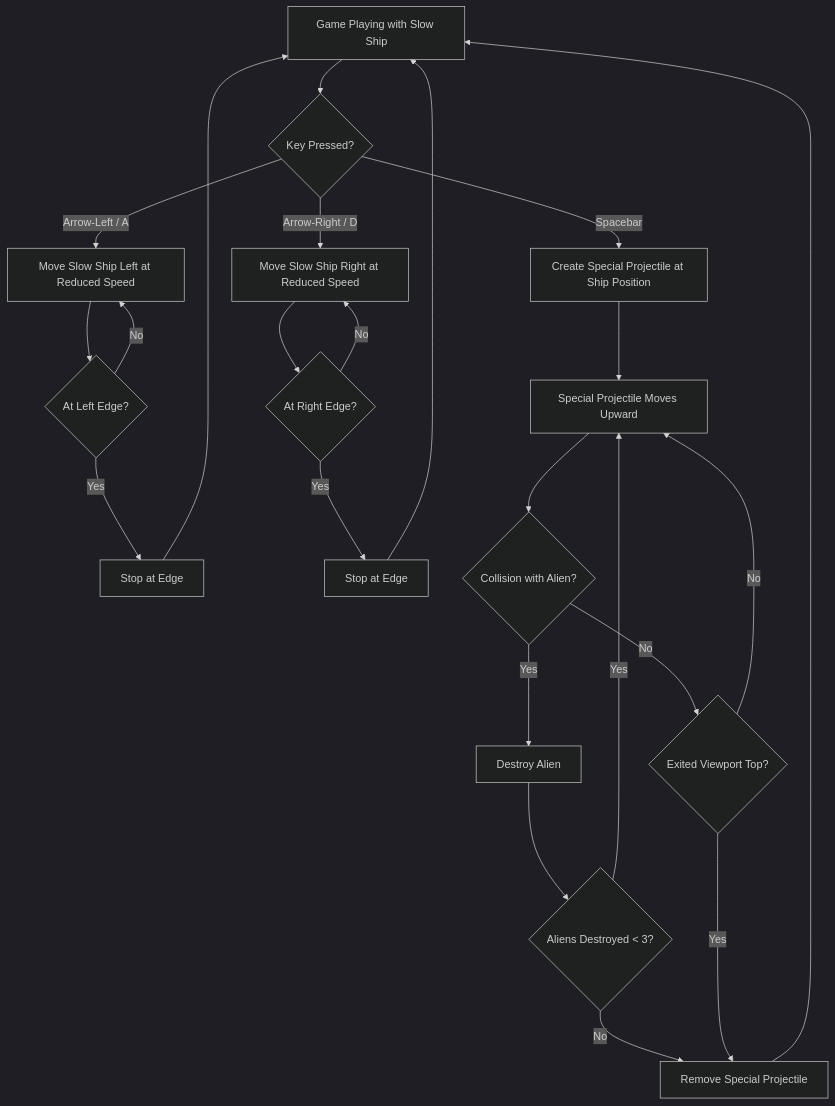
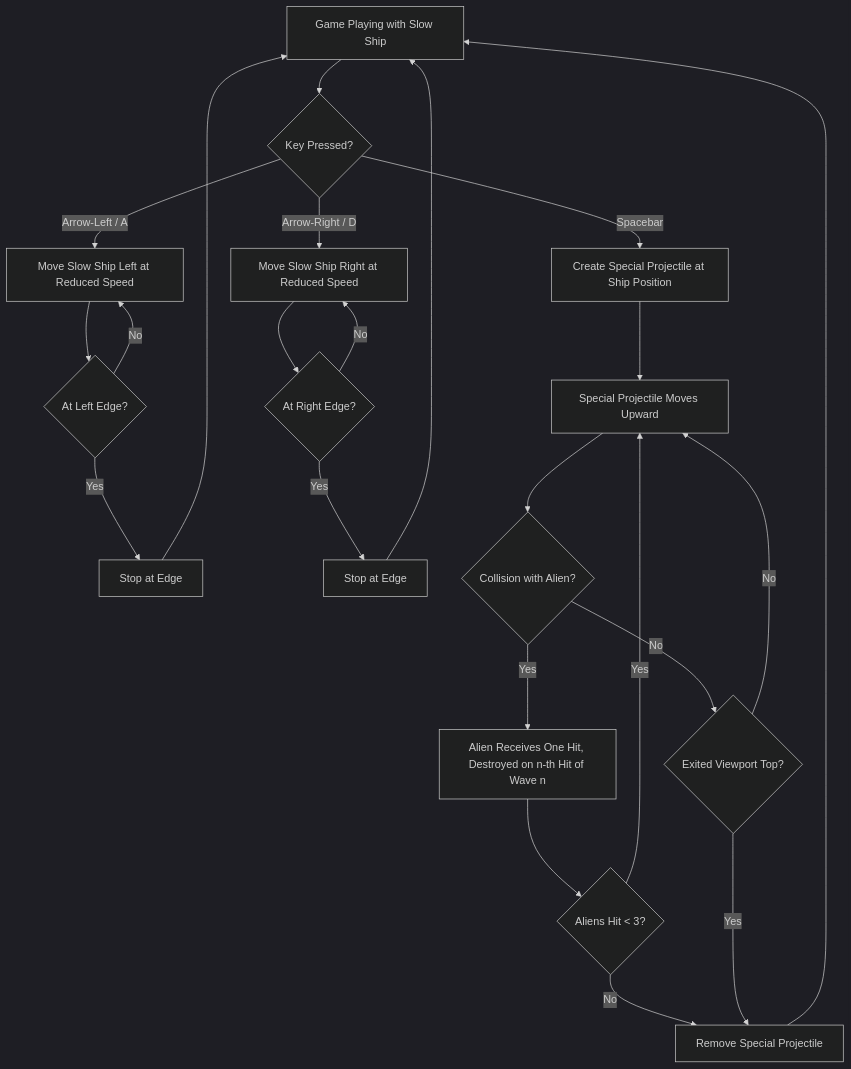
Before and after one commit to akmaier/AlienInvasion: the diagram in docs/use-cases/UC-008-slow-ship-controls.md, drawn with Mermaid (dark theme). The commit also changed other lines of this file and 4 other files, not shown here.

````diff
--- a/docs/use-cases/UC-008-slow-ship-controls.md
+++ b/docs/use-cases/UC-008-slow-ship-controls.md
@@ -54,25 +54,25 @@
 ```mermaid
 flowchart TD
     A[Game Playing with Slow Ship] --> B{Key Pressed?}
     B -->|Arrow-Left / A| C[Move Slow Ship Left at Reduced Speed]
     B -->|Arrow-Right / D| D[Move Slow Ship Right at Reduced Speed]
     B -->|Spacebar| E[Create Special Projectile at Ship Position]
     C --> F{At Left Edge?}
     F -->|Yes| G[Stop at Edge]
     F -->|No| C
     D --> H{At Right Edge?}
     H -->|Yes| I[Stop at Edge]
     H -->|No| D
     E --> J[Special Projectile Moves Upward]
     J --> K{Collision with Alien?}
-    K -->|Yes| L[Destroy Alien]
-    L --> M{Aliens Destroyed < 3?}
+    K -->|Yes| L[Alien Receives One Hit, Destroyed on n-th Hit of Wave n]
+    L --> M{Aliens Hit < 3?}
     M -->|Yes| J
     M -->|No| N[Remove Special Projectile]
     K -->|No| O{Exited Viewport Top?}
     O -->|Yes| N
     O -->|No| J
     G --> A
     I --> A
     N --> A
 ```
````
